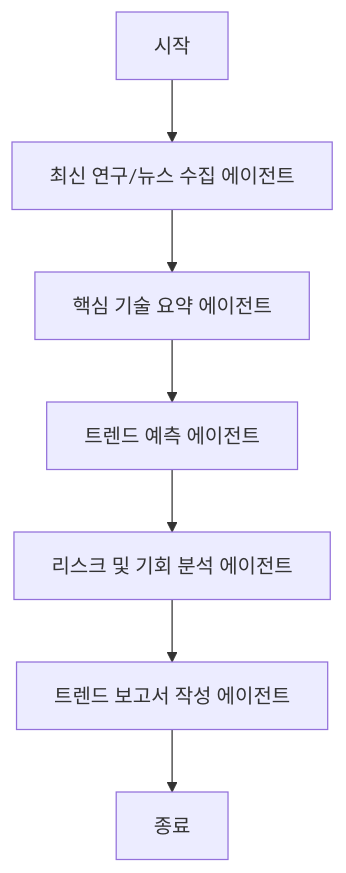
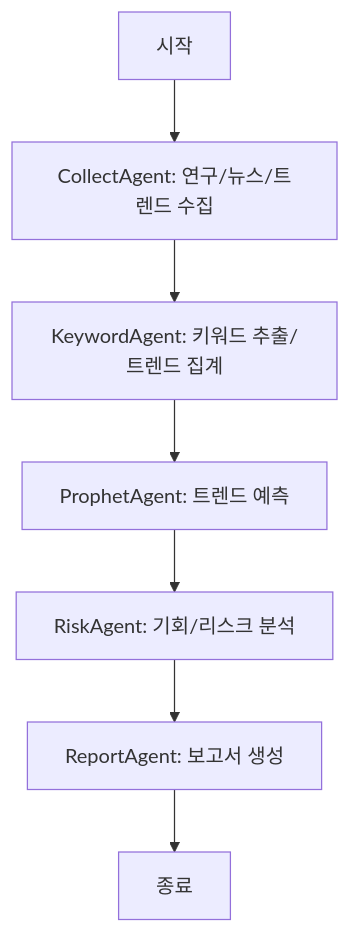
The diagram in README.md (9dongb/skala_miniproject), drawn with Mermaid before and after one commit. The commit also changed other lines of this file and 36 other files, not shown here.

````diff
--- a/README.md
+++ b/README.md
@@ -49,9 +49,9 @@
 ```mermaid
 graph TD
-    시작 --> A[최신 연구/뉴스 수집 에이전트]
-    A --> B[핵심 기술 요약 에이전트]
-    B --> C[트렌드 예측 에이전트]
-    C --> D[리스크 및 기회 분석 에이전트]
-    D --> E[트렌드 보고서 작성 에이전트]
-    E --> 종료
+    시작 --> collect_data[CollectAgent: 연구/뉴스/트렌드 수집]
+    collect_data --> preprocess_analyze[KeywordAgent: 키워드 추출/트렌드 집계]
+    preprocess_analyze --> forecast_trend[ProphetAgent: 트렌드 예측]
+    forecast_trend --> risk_opportunity[RiskAgent: 기회/리스크 분석]
+    risk_opportunity --> generate_report[ReportAgent: 보고서 생성]
+    generate_report --> 종료
 ```
````
